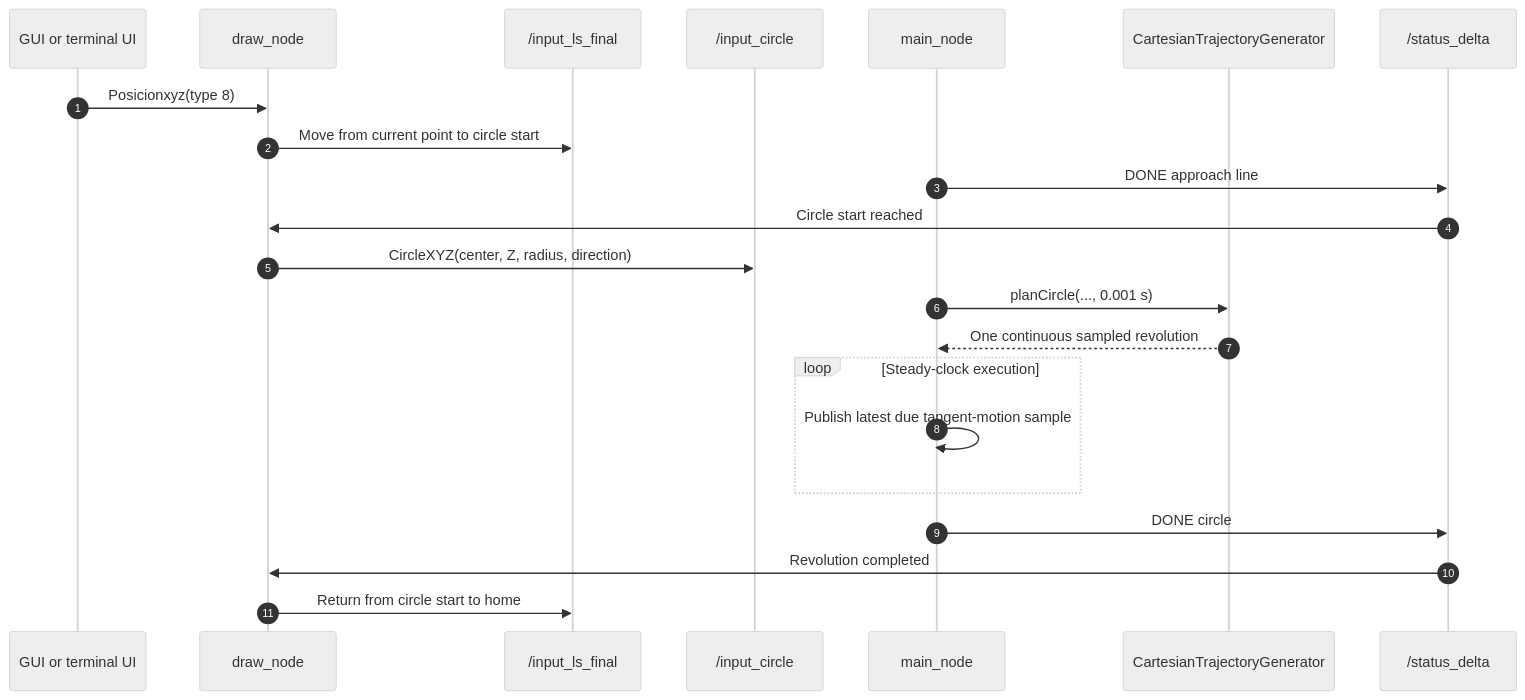
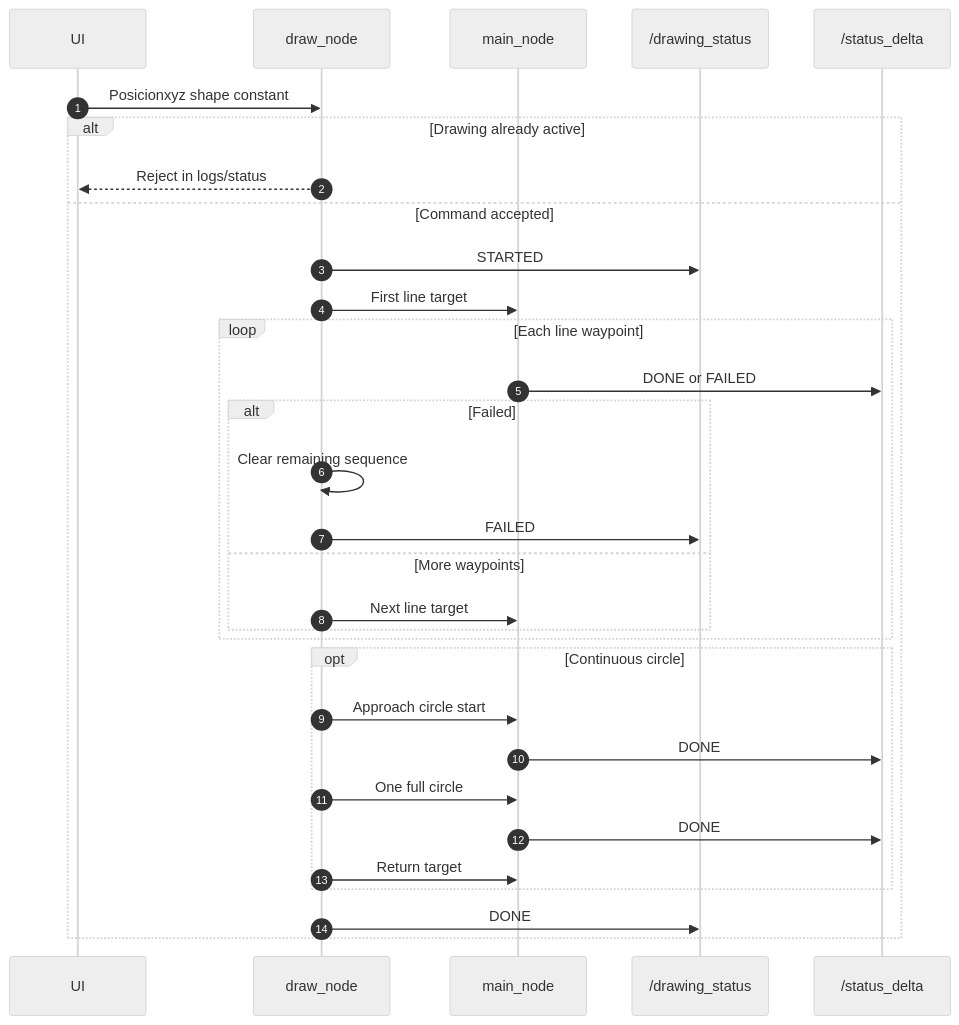
Before and after one commit to thanhduong8457/ROS: the third of 4 diagrams in docs/software_architecture.md, drawn with Mermaid (neutral theme). The commit also changed other lines of this file and 52 other files, not shown here.

````diff
--- a/docs/software_architecture.md
+++ b/docs/software_architecture.md
@@ -196,25 +142,34 @@
 ```mermaid
 sequenceDiagram
     autonumber
-    participant UI as GUI or terminal UI
+    participant UI
     participant Draw as draw_node
-    participant Line as /input_ls_final
-    participant Circle as /input_circle
     participant Main as main_node
-    participant Planner as CartesianTrajectoryGenerator
-    participant Status as /status_delta
+    participant DrawStatus as /drawing_status
+    participant MotionStatus as /status_delta
 
-    UI->>Draw: Posicionxyz(type 8)
-    Draw->>Line: Move from current point to circle start
-    Main->>Status: DONE approach line
-    Status->>Draw: Circle start reached
-    Draw->>Circle: CircleXYZ(center, Z, radius, direction)
-    Main->>Planner: planCircle(..., 0.001 s)
-    Planner-->>Main: One continuous sampled revolution
-    loop Steady-clock execution
-        Main->>Main: Publish latest due tangent-motion sample
+    UI->>Draw: Posicionxyz shape constant
+    alt Drawing already active
+        Draw-->>UI: Reject in logs/status
+    else Command accepted
+        Draw->>DrawStatus: STARTED
+        Draw->>Main: First line target
+        loop Each line waypoint
+            Main->>MotionStatus: DONE or FAILED
+            alt Failed
+                Draw->>Draw: Clear remaining sequence
+                Draw->>DrawStatus: FAILED
+            else More waypoints
+                Draw->>Main: Next line target
+            end
+        end
+        opt Continuous circle
+            Draw->>Main: Approach circle start
+            Main->>MotionStatus: DONE
+            Draw->>Main: One full circle
+            Main->>MotionStatus: DONE
+            Draw->>Main: Return target
+        end
+        Draw->>DrawStatus: DONE
     end
-    Main->>Status: DONE circle
-    Status->>Draw: Revolution completed
-    Draw->>Line: Return from circle start to home
 ```
````
